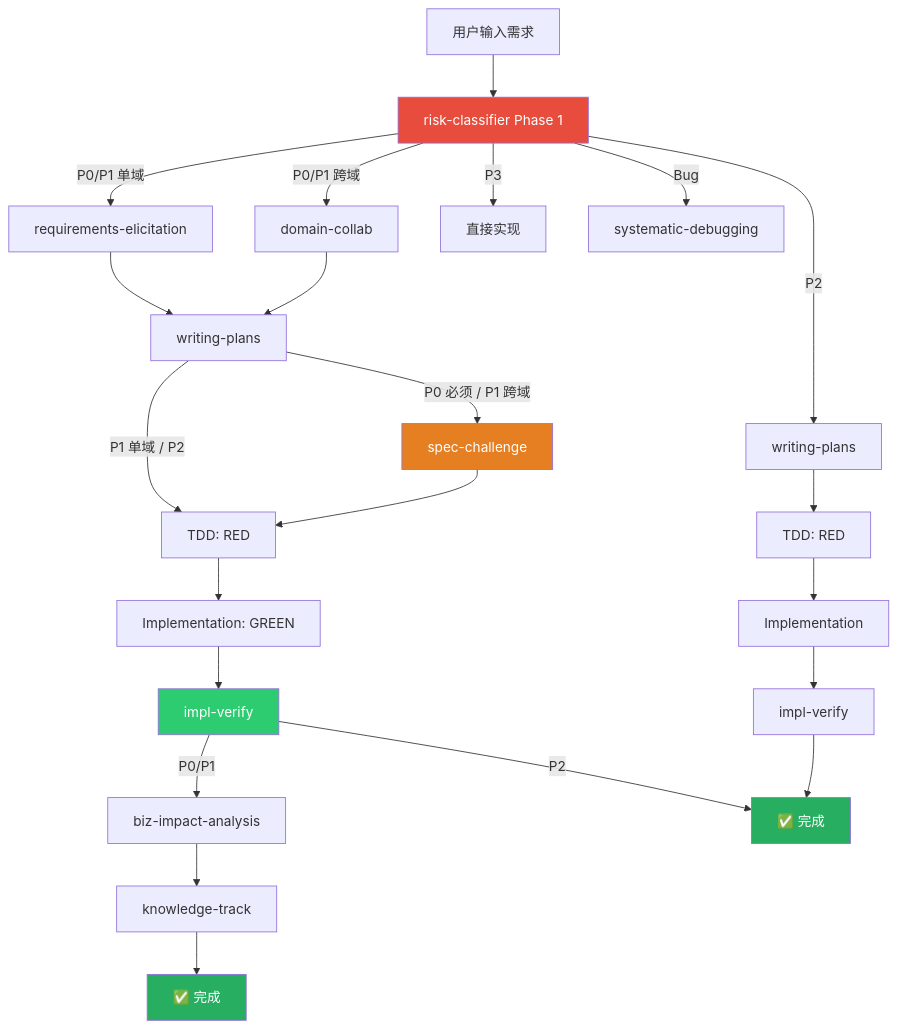
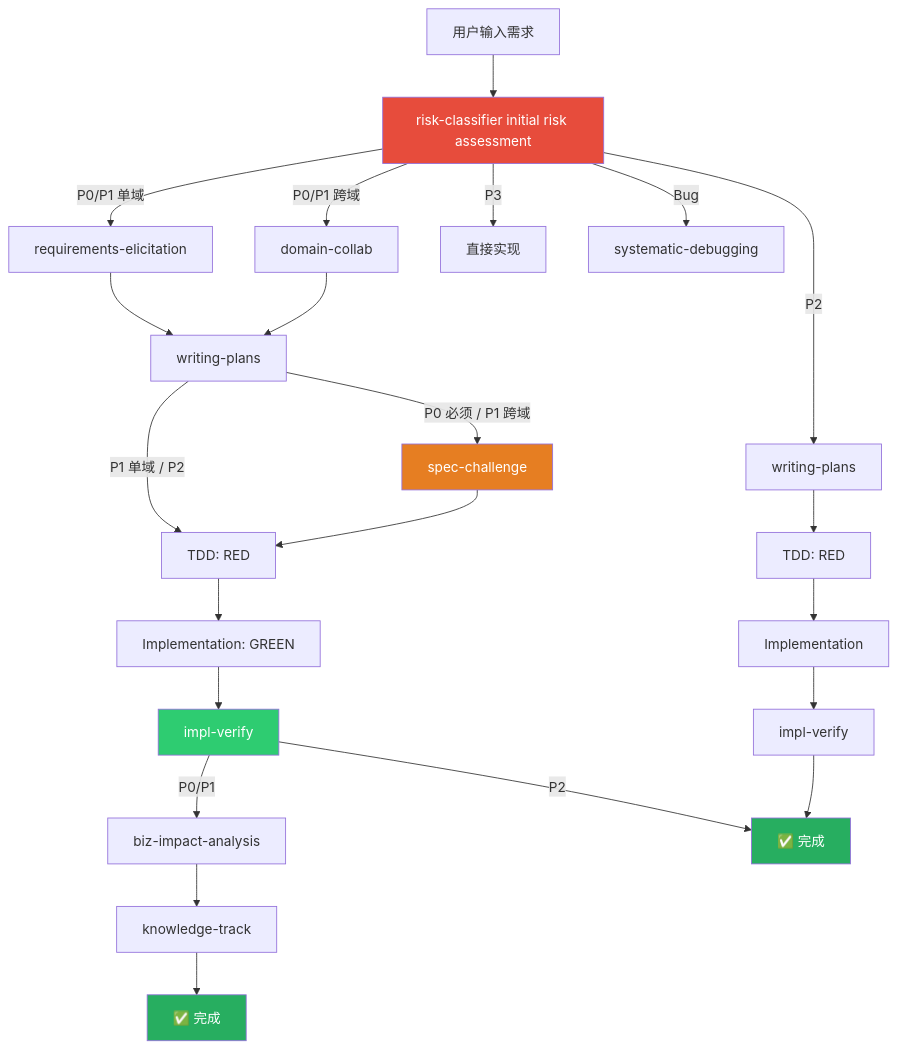
The first of 9 diagrams in docs/workflow-execution-flow.md (Aimeerrhythm/enterprise-change-workflow), drawn with Mermaid before and after one commit. The commit also changed other lines of this file and 44 other files, not shown here.

````diff
--- a/docs/workflow-execution-flow.md
+++ b/docs/workflow-execution-flow.md
@@ -11,30 +11,30 @@
 ```mermaid
 flowchart TD
-    REQ[用户输入需求] --> RC[risk-classifier Phase 1]
+    REQ[用户输入需求] --> RC[risk-classifier initial risk assessment]
     RC --> |P0/P1 单域| RE[requirements-elicitation]
     RC --> |P0/P1 跨域| DC[domain-collab]
     RC --> |P2| WP2[writing-plans]
     RC --> |P3| IMPL3[直接实现]
     RC --> |Bug| SD[systematic-debugging]
 
     RE --> WP[writing-plans]
     DC --> WP
 
     WP --> |P0 必须 / P1 跨域| SC[spec-challenge]
     WP --> |P1 单域 / P2| TDD
     SC --> TDD[TDD: RED]
     TDD --> GREEN[Implementation: GREEN]
     GREEN --> IV[impl-verify]
     IV --> |P0/P1| BIA[biz-impact-analysis]
     BIA --> KT[knowledge-track]
     KT --> DONE[✅ 完成]
     IV --> |P2| DONE2[✅ 完成]
 
     WP2 --> TDD2[TDD: RED] --> GREEN2[Implementation] --> IV2[impl-verify] --> DONE2
 
     style RC fill:#e74c3c,color:#fff
     style SC fill:#e67e22,color:#fff
     style IV fill:#2ecc71,color:#fff
     style DONE fill:#27ae60,color:#fff
     style DONE2 fill:#27ae60,color:#fff
 ```
````
